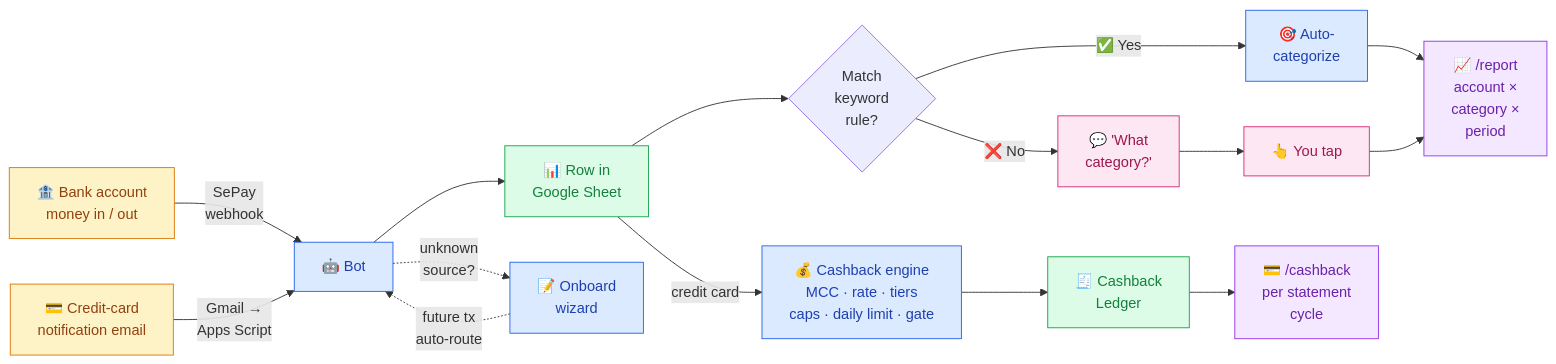
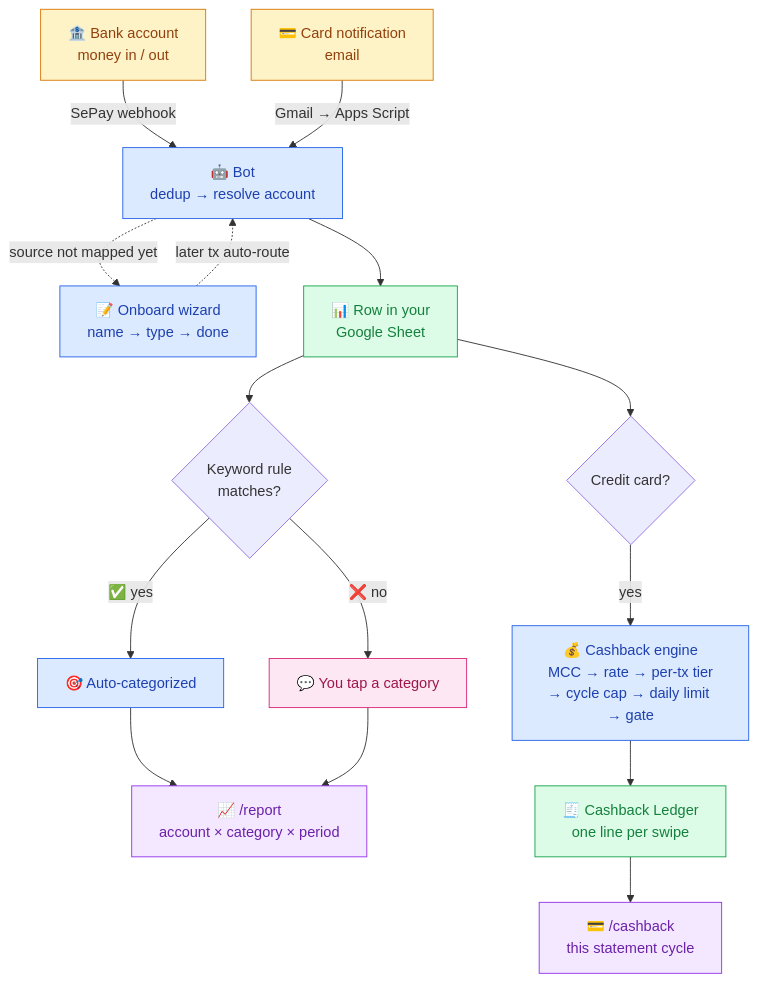
Before and after one commit to maingocanh1702/my-money-went-bot: the diagram in README.md, drawn with Mermaid. The commit also changed other lines of this file and 35 other files, not shown here.

````diff
--- a/README.md
+++ b/README.md
@@ -29,29 +29,28 @@
 ```mermaid
-flowchart LR
-    A[🏦 Bank account<br/>money in / out] -->|SePay<br/>webhook| B[🤖 Bot]
-    A2[💳 Credit-card<br/>notification email] -->|Gmail →<br/>Apps Script| B
-    B --> C[📊 Row in<br/>Google Sheet]
-    C --> D{Match<br/>keyword<br/>rule?}
-    D -->|✅ Yes| E[🎯 Auto-<br/>categorize]
-    D -->|❌ No| F[💬 'What<br/>category?']
-    F --> G[👆 You tap]
-    E --> H[📈 /report<br/>account ×<br/>category ×<br/>period]
-    G --> H
-    C -->|credit card| K[💰 Cashback engine<br/>MCC · rate · tiers<br/>caps · daily limit · gate]
-    K --> L[🧾 Cashback<br/>Ledger]
-    L --> M[💳 /cashback<br/>per statement<br/>cycle]
-
-    B -. unknown<br/>source? .-> I[📝 Onboard<br/>wizard]
-    I -. future tx<br/>auto-route .-> B
+flowchart TD
+    A[🏦 Bank account<br/>money in / out] -->|SePay webhook| B[🤖 Bot<br/>dedup → resolve account]
+    A2[💳 Card notification<br/>email] -->|Gmail → Apps Script| B
+    B -.->|source not mapped yet| I[📝 Onboard wizard<br/>name → type → done]
+    I -.->|later tx auto-route| B
+    B --> C[📊 Row in your<br/>Google Sheet]
+    C --> D{Keyword rule<br/>matches?}
+    D -->|✅ yes| E[🎯 Auto-categorized]
+    D -->|❌ no| F[💬 You tap a category]
+    E --> H[📈 /report<br/>account × category × period]
+    F --> H
+    C --> K{Credit card?}
+    K -->|yes| L[💰 Cashback engine<br/>MCC → rate → per-tx tier<br/>→ cycle cap → daily limit → gate]
+    L --> M[🧾 Cashback Ledger<br/>one line per swipe]
+    M --> N[💳 /cashback<br/>this statement cycle]
 
     classDef bank fill:#fef3c7,stroke:#d97706,color:#92400e
     classDef bot fill:#dbeafe,stroke:#2563eb,color:#1e40af
     classDef store fill:#dcfce7,stroke:#16a34a,color:#15803d
     classDef user fill:#fce7f3,stroke:#db2777,color:#9d174d
     classDef out fill:#f3e8ff,stroke:#9333ea,color:#6b21a8
     class A,A2 bank
-    class B,E,I,K bot
-    class C,L store
-    class F,G user
-    class H,M out
+    class B,E,I,L bot
+    class C,M store
+    class F user
+    class H,N out
 ```
````
